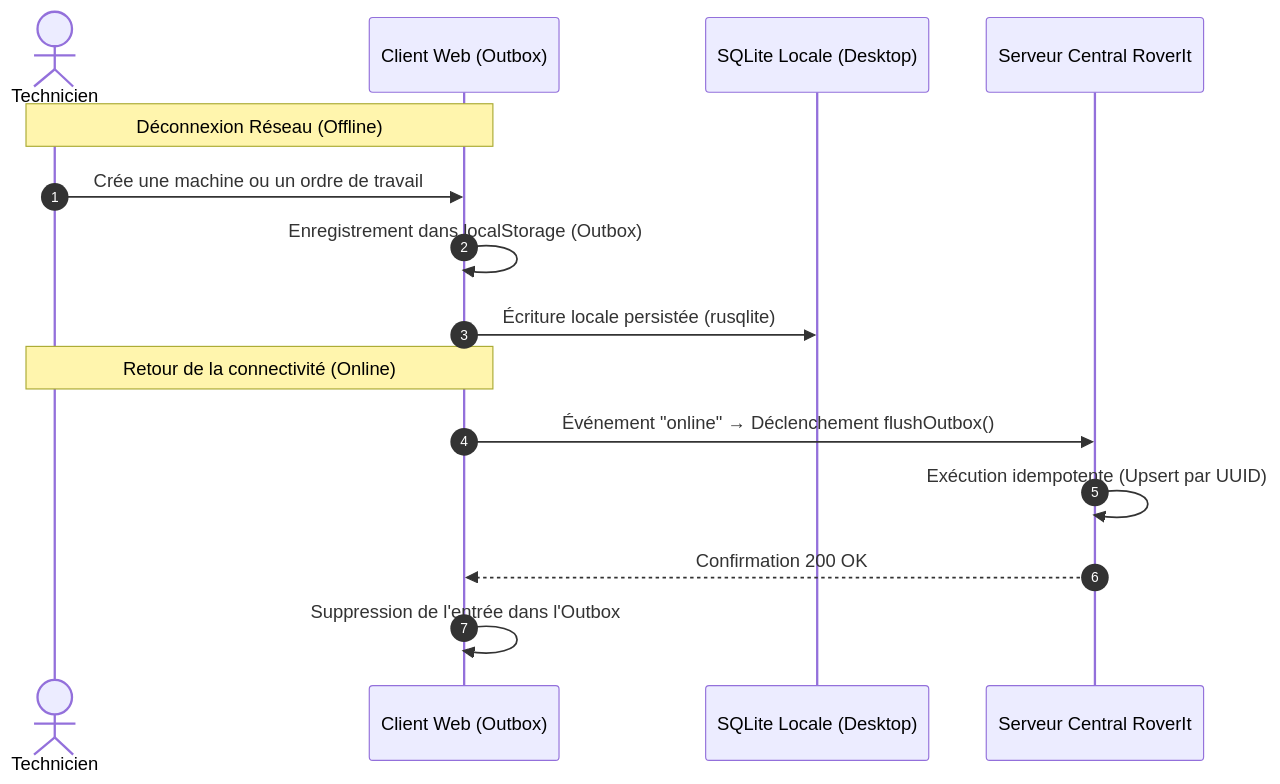
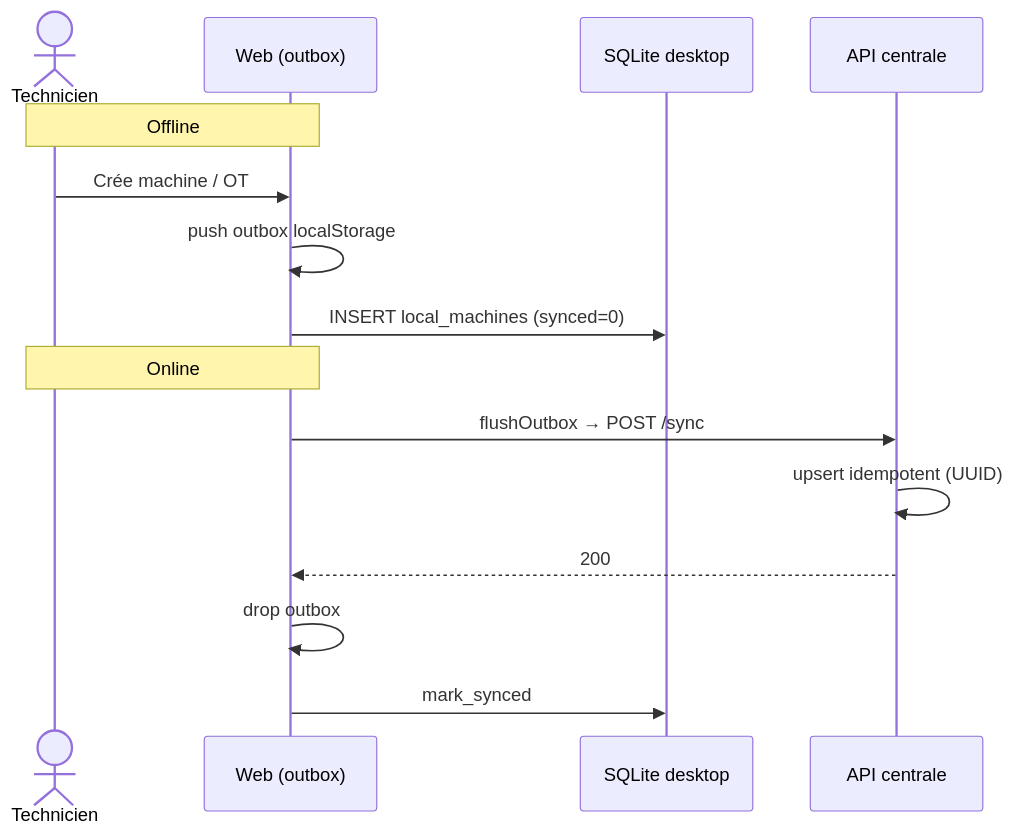
The first of 2 diagrams in docs/wiki/05-Mode-Hors-Ligne-Synchronisation.md (martialzinsou/roverit), drawn with Mermaid before and after one commit. The commit also changed other lines of this file and 10 other files, not shown here.

First line of the commit message:
docs: wiki complet avec schémas UML Mermaid et fix vite base

````diff
--- a/docs/wiki/05-Mode-Hors-Ligne-Synchronisation.md
+++ b/docs/wiki/05-Mode-Hors-Ligne-Synchronisation.md
@@ -12,18 +9,17 @@
 ```mermaid
 sequenceDiagram
-    autonumber
-    actor Tech as Technicien
-    participant Web as Client Web (Outbox)
-    participant LocalDB as SQLite Locale (Desktop)
-    participant API as Serveur Central RoverIt
-
-    Note over Tech,Web: Déconnexion Réseau (Offline)
-    Tech->>Web: Crée une machine ou un ordre de travail
-    Web->>Web: Enregistrement dans localStorage (Outbox)
-    Web->>LocalDB: Écriture locale persistée (rusqlite)
-    Note over Tech,Web: Retour de la connectivité (Online)
-    Web->>API: Événement "online" → Déclenchement flushOutbox()
-    API->>API: Exécution idempotente (Upsert par UUID)
-    API-->>Web: Confirmation 200 OK
-    Web->>Web: Suppression de l'entrée dans l'Outbox
+    actor T as Technicien
+    participant W as Web (outbox)
+    participant L as SQLite desktop
+    participant A as API centrale
+    Note over T,W: Offline
+    T->>W: Crée machine / OT
+    W->>W: push outbox localStorage
+    W->>L: INSERT local_machines (synced=0)
+    Note over T,W: Online
+    W->>A: flushOutbox → POST /sync
+    A->>A: upsert idempotent (UUID)
+    A-->>W: 200
+    W->>W: drop outbox
+    W->>L: mark_synced
 ```
````
